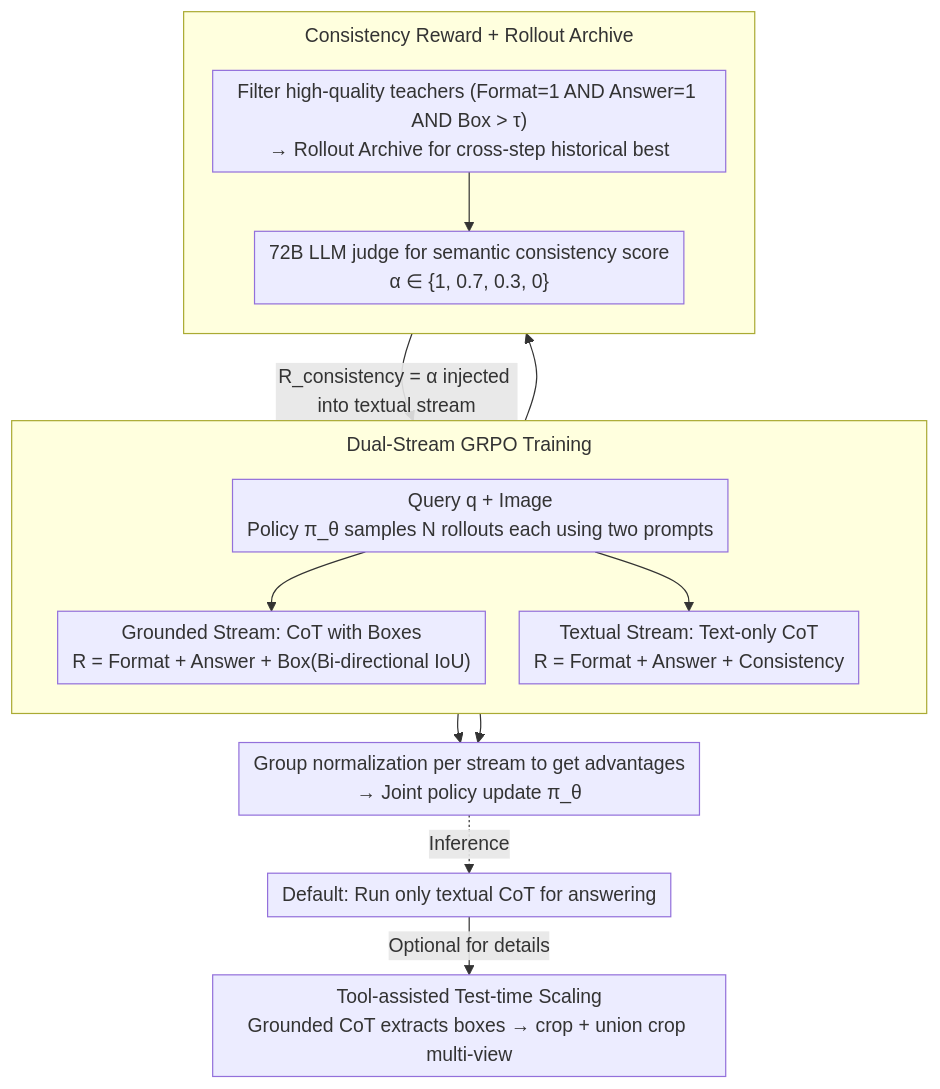
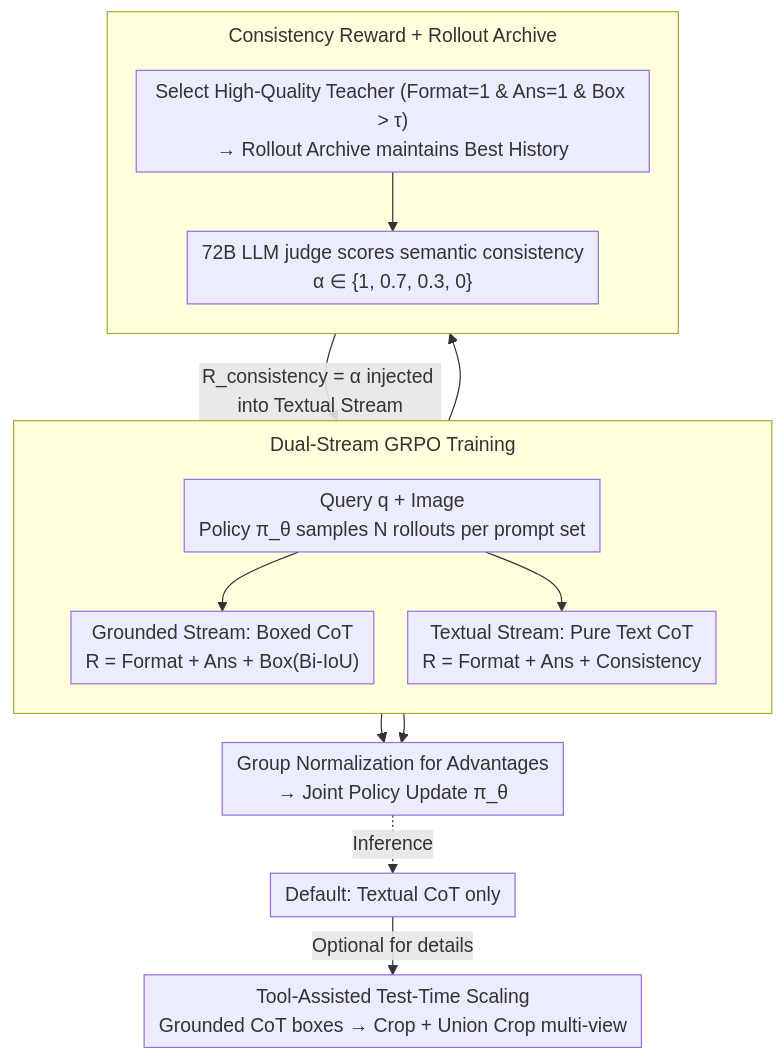
Before and after one commit to zhaoyang97/Paper-Notes-en: the diagram in docs/ICML2026/vlm_reasoning/ivgr_internalizing_visually_grounded_reasoning_for_mllms_with_reinforcement_lear.md, drawn with Mermaid. The commit also changed other lines of this file and 5084 other files, not shown here.

````diff
--- a/docs/ICML2026/vlm_reasoning/ivgr_internalizing_visually_grounded_reasoning_for_mllms_with_reinforcement_lear.md
+++ b/docs/ICML2026/vlm_reasoning/ivgr_internalizing_visually_grounded_reasoning_for_mllms_with_reinforcement_lear.md
@@ -45,20 +45,20 @@
 ```mermaid
 %%{init: {'flowchart': {'rankSpacing': 24, 'nodeSpacing': 28, 'padding': 6, 'wrappingWidth': 400, 'subGraphTitleMargin': {'top': 8, 'bottom': 16}}}}%%
 flowchart TD
-    Q["Query q + Image<br/>Policy π_θ samples N rollouts each using two prompts"]
+    Q["Query q + Image<br/>Policy π_θ samples N rollouts per prompt set"]
     subgraph DUAL["Dual-Stream GRPO Training"]
         direction TB
-        Q --> G["Grounded Stream: CoT with Boxes<br/>R = Format + Answer + Box(Bi-directional IoU)"]
-        Q --> T["Textual Stream: Text-only CoT<br/>R = Format + Answer + Consistency"]
+        Q --> G["Grounded Stream: Boxed CoT<br/>R = Format + Ans + Box(Bi-IoU)"]
+        Q --> T["Textual Stream: Pure Text CoT<br/>R = Format + Ans + Consistency"]
     end
     subgraph CONS["Consistency Reward + Rollout Archive"]
         direction TB
-        SEL["Filter high-quality teachers (Format=1 AND Answer=1 AND Box > τ)<br/>→ Rollout Archive for cross-step historical best"] --> JUDGE["72B LLM judge for semantic consistency score<br/>α ∈ {1, 0.7, 0.3, 0}"]
+        SEL["Select High-Quality Teacher (Format=1 & Ans=1 & Box > τ)<br/>→ Rollout Archive maintains Best History"] --> JUDGE["72B LLM judge scores semantic consistency<br/>α ∈ {1, 0.7, 0.3, 0}"]
     end
     G --> SEL
-    JUDGE -->|"R_consistency = α injected into textual stream"| T
-    G --> NORM["Group normalization per stream to get advantages<br/>→ Joint policy update π_θ"]
+    JUDGE -->|"R_consistency = α injected into Textual Stream"| T
+    G --> NORM["Group Normalization for Advantages<br/>→ Joint Policy Update π_θ"]
     T --> NORM
-    NORM -.Inference.-> INF["Default: Run only textual CoT for answering"]
-    INF -->|"Optional for details"| TTS["Tool-assisted Test-time Scaling<br/>Grounded CoT extracts boxes → crop + union crop multi-view"]
+    NORM -.Inference.-> INF["Default: Textual CoT only"]
+    INF -->|"Optional for details"| TTS["Tool-Assisted Test-Time Scaling<br/>Grounded CoT boxes → Crop + Union Crop multi-view"]
 ```
````
